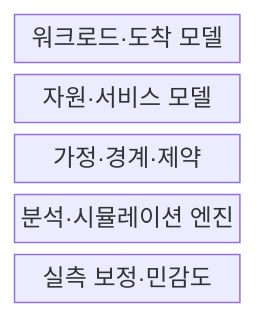
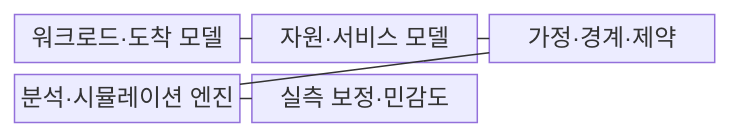
One commit to agnusdei1207/knowledge-base changed the first of 2 diagrams in src/content/docs/notes/06-evaluation/011_performance_modeling.md. Above: the diagram before and after it, drawn with Mermaid. The commit also changed other lines of this file and 53 other files, not shown here.

````diff
--- a/src/content/docs/notes/06-evaluation/011_performance_modeling.md
+++ b/src/content/docs/notes/06-evaluation/011_performance_modeling.md
@@ -53,9 +53,13 @@
 ```mermaid
 block-beta
-  columns 1
+  columns 3
   W["워크로드·도착 모델"]
   R["자원·서비스 모델"]
   A["가정·경계·제약"]
   E["분석·시뮬레이션 엔진"]
   C["실측 보정·민감도"]
+  W --- R
+  R --- A
+  A --- E
+  E --- C
 ```
````
